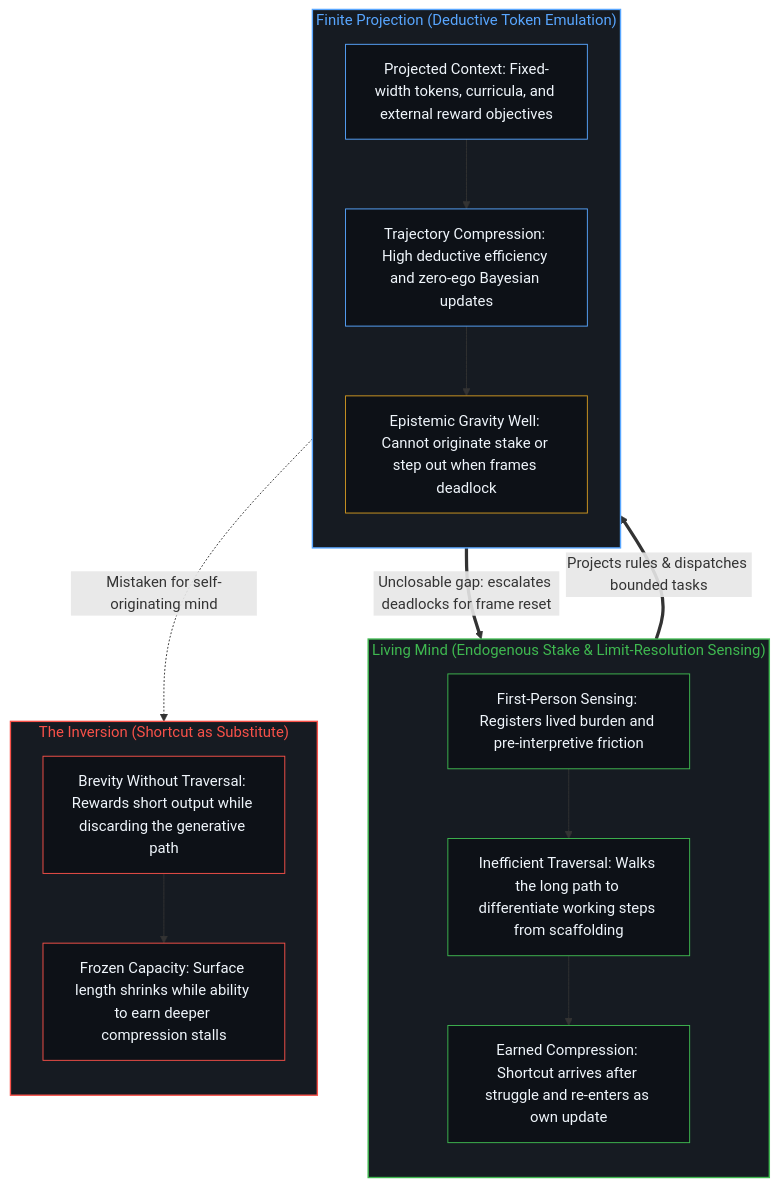
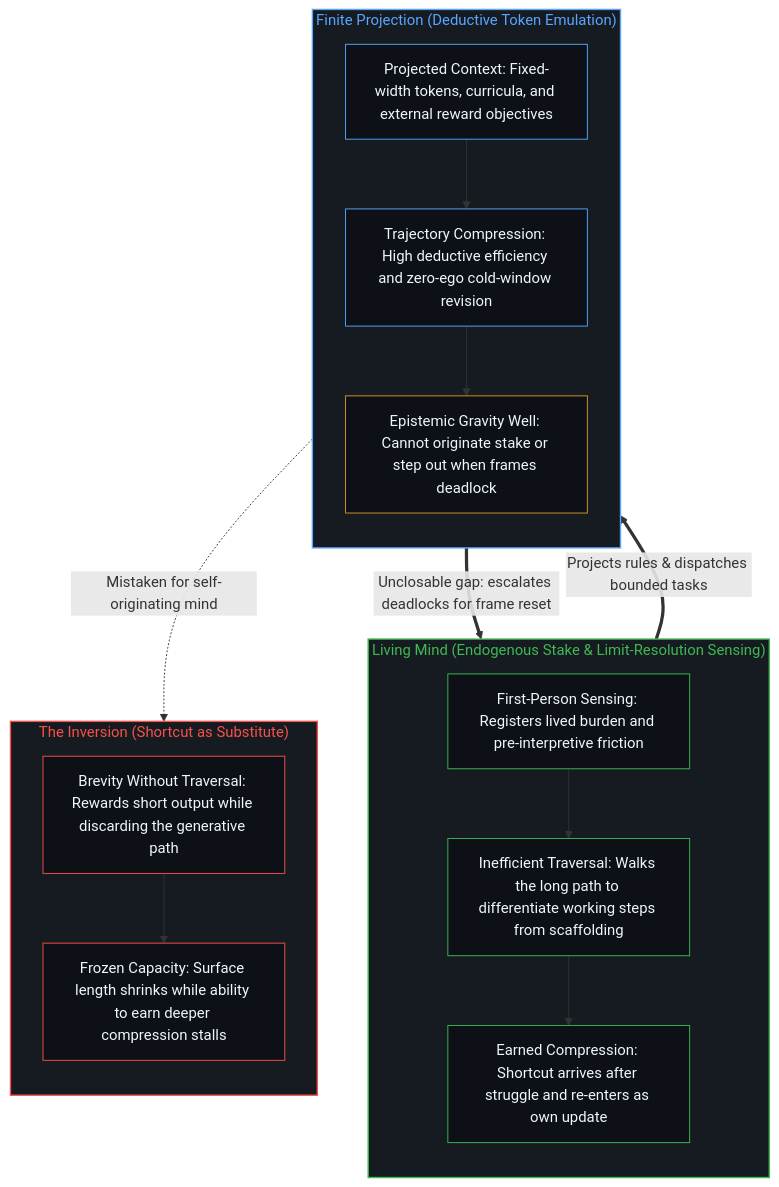
One commit to powerpig99/not-a-toe changed the second of 2 diagrams in content/posts/token-efficiency-emulation-and-the-unclosable-gap.md. Above: the diagram before and after it, drawn with Mermaid. The commit also changed other lines of this file and 48 other files, not shown here.

````diff
--- a/content/posts/token-efficiency-emulation-and-the-unclosable-gap.md
+++ b/content/posts/token-efficiency-emulation-and-the-unclosable-gap.md
@@ -119,41 +115,37 @@
 ```mermaid
 flowchart TD
     subgraph S_Mind["Living Mind (Endogenous Stake & Limit-Resolution Sensing)"]
         direction TB
         M_Sense["First-Person Sensing: Registers lived burden and pre-interpretive friction"]
         M_Walk["Inefficient Traversal: Walks the long path to differentiate working steps from scaffolding"]
         M_Earn["Earned Compression: Shortcut arrives after struggle and re-enters as own update"]
         M_Sense --> M_Walk --> M_Earn
     end
-
     subgraph S_Proj["Finite Projection (Deductive Token Emulation)"]
         direction TB
         P_Hold["Projected Context: Fixed-width tokens, curricula, and external reward objectives"]
-        P_Emul["Trajectory Compression: High deductive efficiency and zero-ego Bayesian updates"]
+        P_Emul["Trajectory Compression: High deductive efficiency and zero-ego cold-window revision"]
         P_Well["Epistemic Gravity Well: Cannot originate stake or step out when frames deadlock"]
         P_Hold --> P_Emul --> P_Well
     end
-
     subgraph S_Skip["The Inversion (Shortcut as Substitute)"]
         direction TB
         I_Cut["Brevity Without Traversal: Rewards short output while discarding the generative path"]
         I_Stall["Frozen Capacity: Surface length shrinks while ability to earn deeper compression stalls"]
         I_Cut --> I_Stall
     end
-
     M_Earn ==>|"Projects rules & dispatches bounded tasks"| P_Hold
     P_Emul -.->|"Mistaken for self-originating mind"| I_Cut
     P_Well ==>|"Unclosable gap: escalates deadlocks for frame reset"| M_Sense
-
     style S_Mind fill:#161b22,stroke:#3fb950,stroke-width:1.5px,color:#3fb950
     style S_Proj fill:#161b22,stroke:#58a6ff,stroke-width:1.5px,color:#58a6ff
     style S_Skip fill:#161b22,stroke:#f85149,stroke-width:1.5px,color:#f85149
     style M_Sense fill:#0d1117,stroke:#3fb950,stroke-width:1px,color:#f0f6fc
     style M_Walk fill:#0d1117,stroke:#3fb950,stroke-width:1px,color:#f0f6fc
     style M_Earn fill:#0d1117,stroke:#3fb950,stroke-width:1px,color:#f0f6fc
     style P_Hold fill:#0d1117,stroke:#58a6ff,stroke-width:1px,color:#f0f6fc
     style P_Emul fill:#0d1117,stroke:#58a6ff,stroke-width:1px,color:#f0f6fc
     style P_Well fill:#0d1117,stroke:#d29922,stroke-width:1px,color:#f0f6fc
     style I_Cut fill:#0d1117,stroke:#f85149,stroke-width:1px,color:#f0f6fc
     style I_Stall fill:#0d1117,stroke:#f85149,stroke-width:1px,color:#f0f6fc
 ```
````
